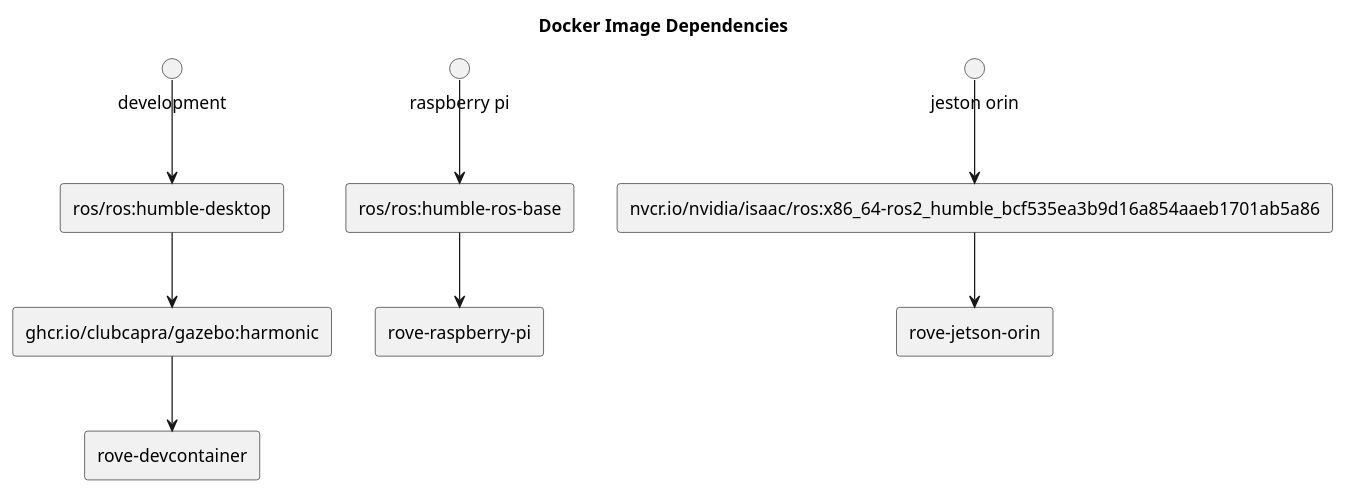
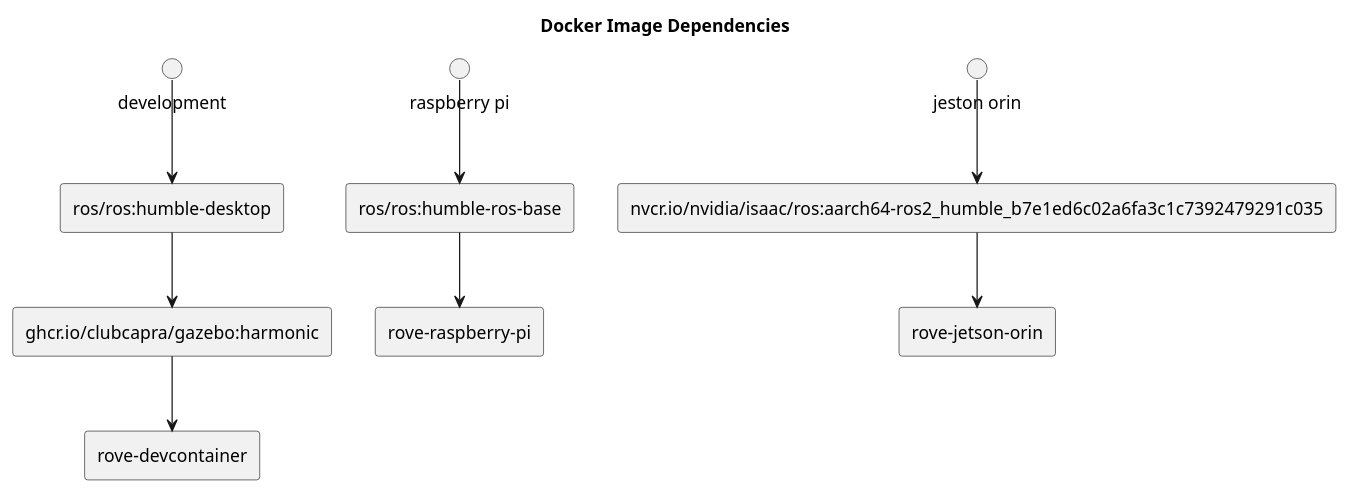
One commit to clubcapra/rove changed the diagram in docs/docker_architecture_dev.puml. Above: the diagram before and after it, drawn with PlantUML.

```diff
--- a/docs/docker_architecture_dev.puml
+++ b/docs/docker_architecture_dev.puml
@@ -1,24 +1,24 @@
 @startuml Docker structure
 
 title "Docker Image Dependencies"
 
 rectangle "ghcr.io/clubcapra/gazebo:harmonic" as harmonic
 rectangle "ros/ros:humble-desktop" as ros_desktop
 rectangle "ros/ros:humble-ros-base" as ros_base
-rectangle "nvcr.io/nvidia/isaac/ros:x86_64-ros2_humble_bcf535ea3b9d16a854aaeb1701ab5a86" as jetson_orin
+rectangle "nvcr.io/nvidia/isaac/ros:aarch64-ros2_humble_b7e1ed6c02a6fa3c1c7392479291c035" as jetson_orin
 
 rectangle "rove-devcontainer" as development_container
 rectangle "rove-raspberry-pi" as rpi_container
 rectangle "rove-jetson-orin" as jetson_container
 
 development --> ros_desktop
 ros_desktop --> harmonic
 harmonic --> development_container
 
 "raspberry pi" --> ros_base 
 ros_base --> rpi_container
 
 "jeston orin" --> jetson_orin
 jetson_orin --> jetson_container
 
 @enduml
```
